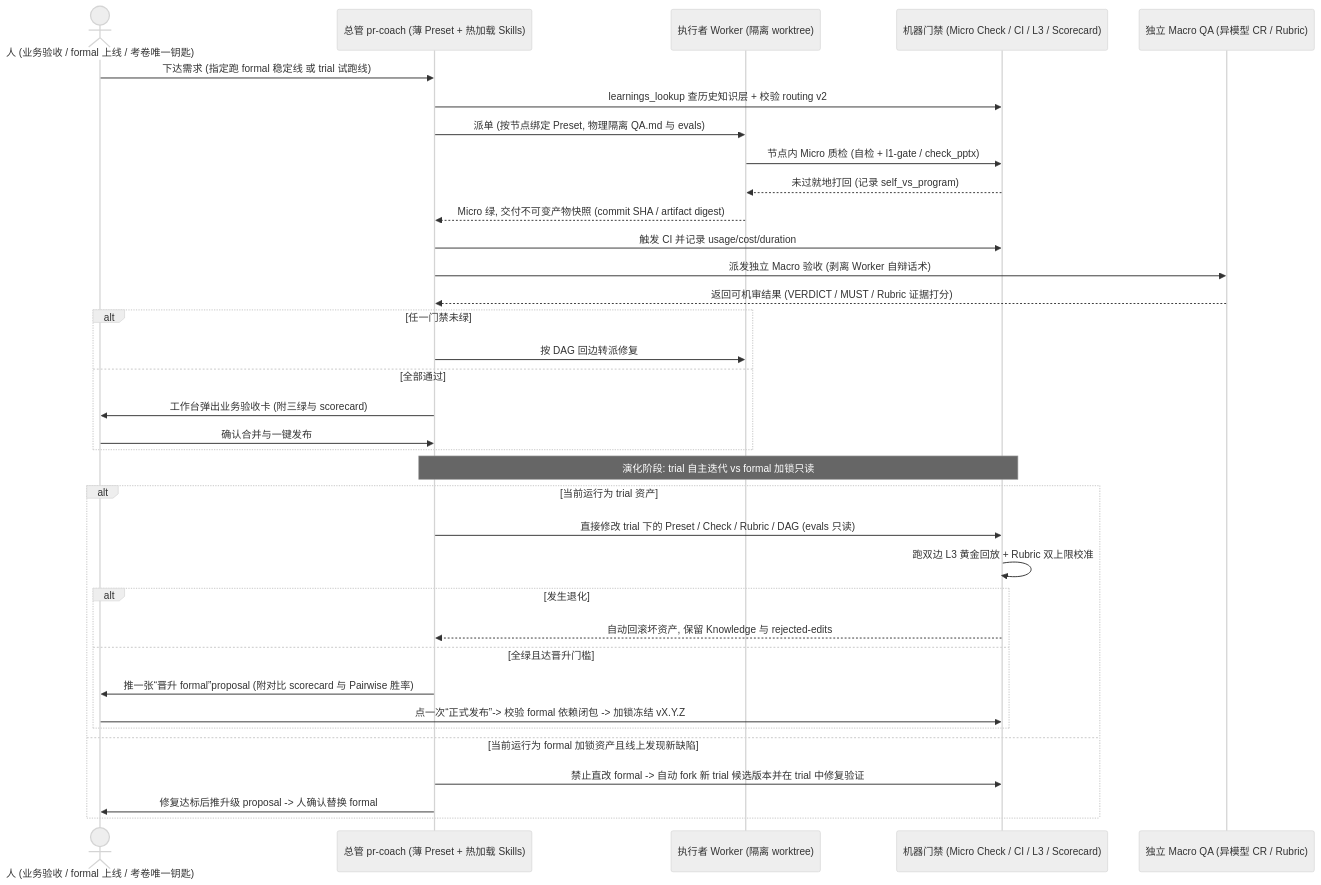
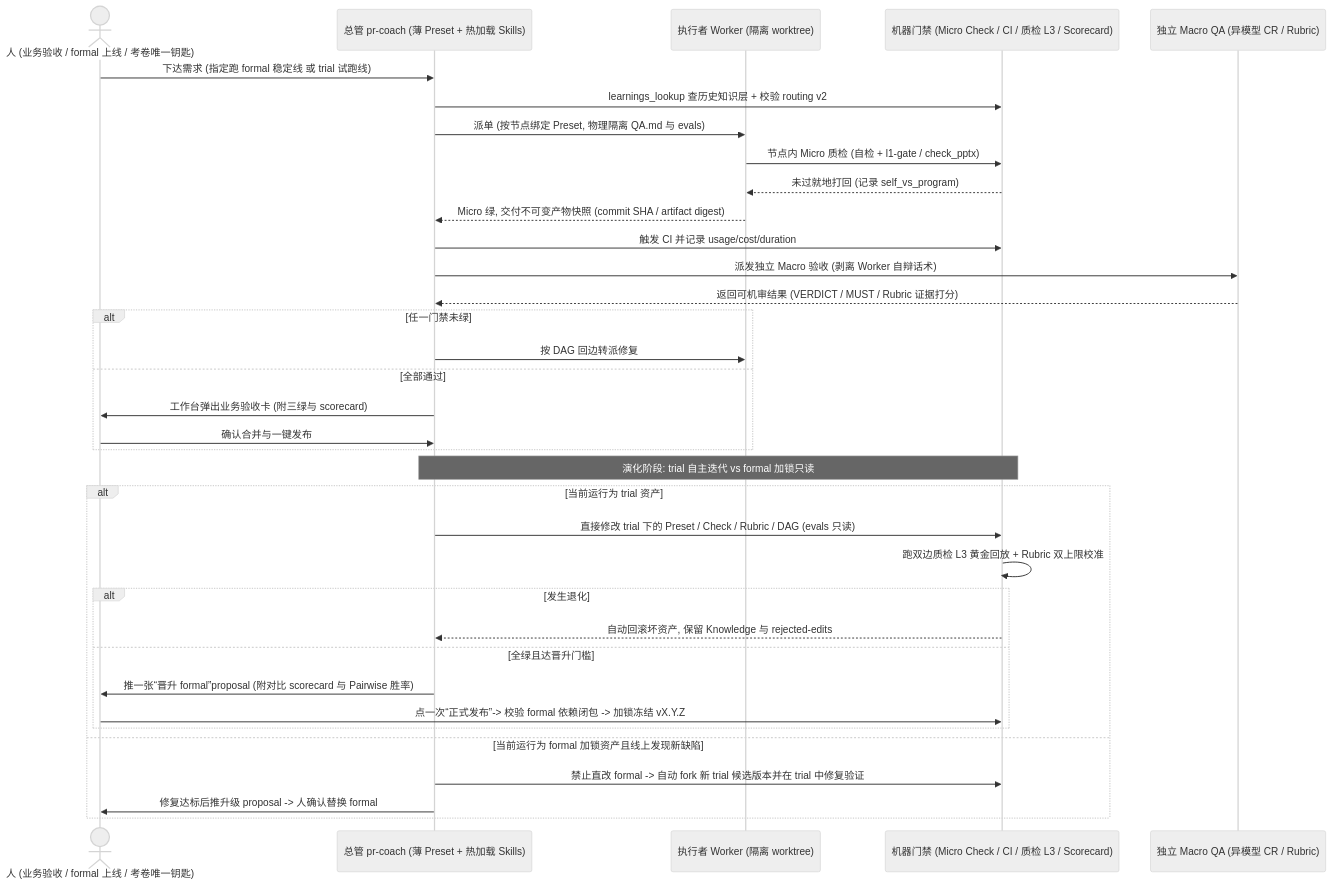
The fifth of 6 diagrams in docs/compound-agent-business-flow-and-gap-map-20261127.md (scottzx/agent-workflow), drawn with Mermaid (neutral theme) before and after one commit. The commit also changed other lines of this file and 3 other files, not shown here.

Commit message:
docs: fix CR M1-M3 and S1-S7 (disambiguate A1-A5 vs L1-L3, 3-band rubric gate, PR-1B learnings_lookup)

````diff
--- a/docs/compound-agent-business-flow-and-gap-map-20261127.md
+++ b/docs/compound-agent-business-flow-and-gap-map-20261127.md
@@ -168,39 +169,39 @@
 ```mermaid
 sequenceDiagram
     actor Human as 人 (业务验收 / formal 上线 / 考卷唯一钥匙)
     participant Coach as 总管 pr-coach (薄 Preset + 热加载 Skills)
     participant Worker as 执行者 Worker (隔离 worktree)
-    participant Gate as 机器门禁 (Micro Check / CI / L3 / Scorecard)
+    participant Gate as 机器门禁 (Micro Check / CI / 质检 L3 / Scorecard)
     participant CR as 独立 Macro QA (异模型 CR / Rubric)
 
     Human->>Coach: 下达需求 (指定跑 formal 稳定线 或 trial 试跑线)
     Coach->>Gate: learnings_lookup 查历史知识层 + 校验 routing v2
     Coach->>Worker: 派单 (按节点绑定 Preset, 物理隔离 QA.md 与 evals)
     Worker->>Gate: 节点内 Micro 质检 (自检 + l1-gate / check_pptx)
     Gate-->>Worker: 未过就地打回 (记录 self_vs_program)
     Worker-->>Coach: Micro 绿, 交付不可变产物快照 (commit SHA / artifact digest)
     Coach->>Gate: 触发 CI 并记录 usage/cost/duration
     Coach->>CR: 派发独立 Macro 验收 (剥离 Worker 自辩话术)
     CR-->>Coach: 返回可机审结果 (VERDICT / MUST / Rubric 证据打分)
     alt 任一门禁未绿
         Coach->>Worker: 按 DAG 回边转派修复
     else 全部通过
         Coach->>Human: 工作台弹出业务验收卡 (附三绿与 scorecard)
         Human->>Coach: 确认合并与一键发布
     end
 
     Note over Coach,Gate: 演化阶段: trial 自主迭代 vs formal 加锁只读
     alt 当前运行为 trial 资产
         Coach->>Gate: 直接修改 trial 下的 Preset / Check / Rubric / DAG (evals 只读)
-        Gate->>Gate: 跑双边 L3 黄金回放 + Rubric 双上限校准
+        Gate->>Gate: 跑双边质检 L3 黄金回放 + Rubric 双上限校准
         alt 发生退化
             Gate-->>Coach: 自动回滚坏资产, 保留 Knowledge 与 rejected-edits
         else 全绿且达晋升门槛
             Coach->>Human: 推一张“晋升 formal”proposal (附对比 scorecard 与 Pairwise 胜率)
             Human->>Gate: 点一次“正式发布”-> 校验 formal 依赖闭包 -> 加锁冻结 vX.Y.Z
         end
     else 当前运行为 formal 加锁资产且线上发现新缺陷
         Coach->>Gate: 禁止直改 formal -> 自动 fork 新 trial 候选版本并在 trial 中修复验证
         Coach->>Human: 修复达标后推升级 proposal -> 人确认替换 formal
     end
 ```
````
